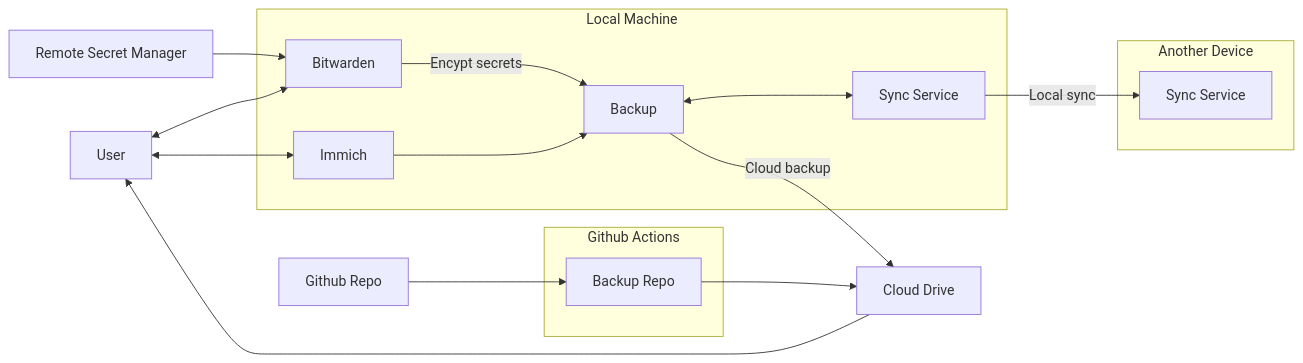
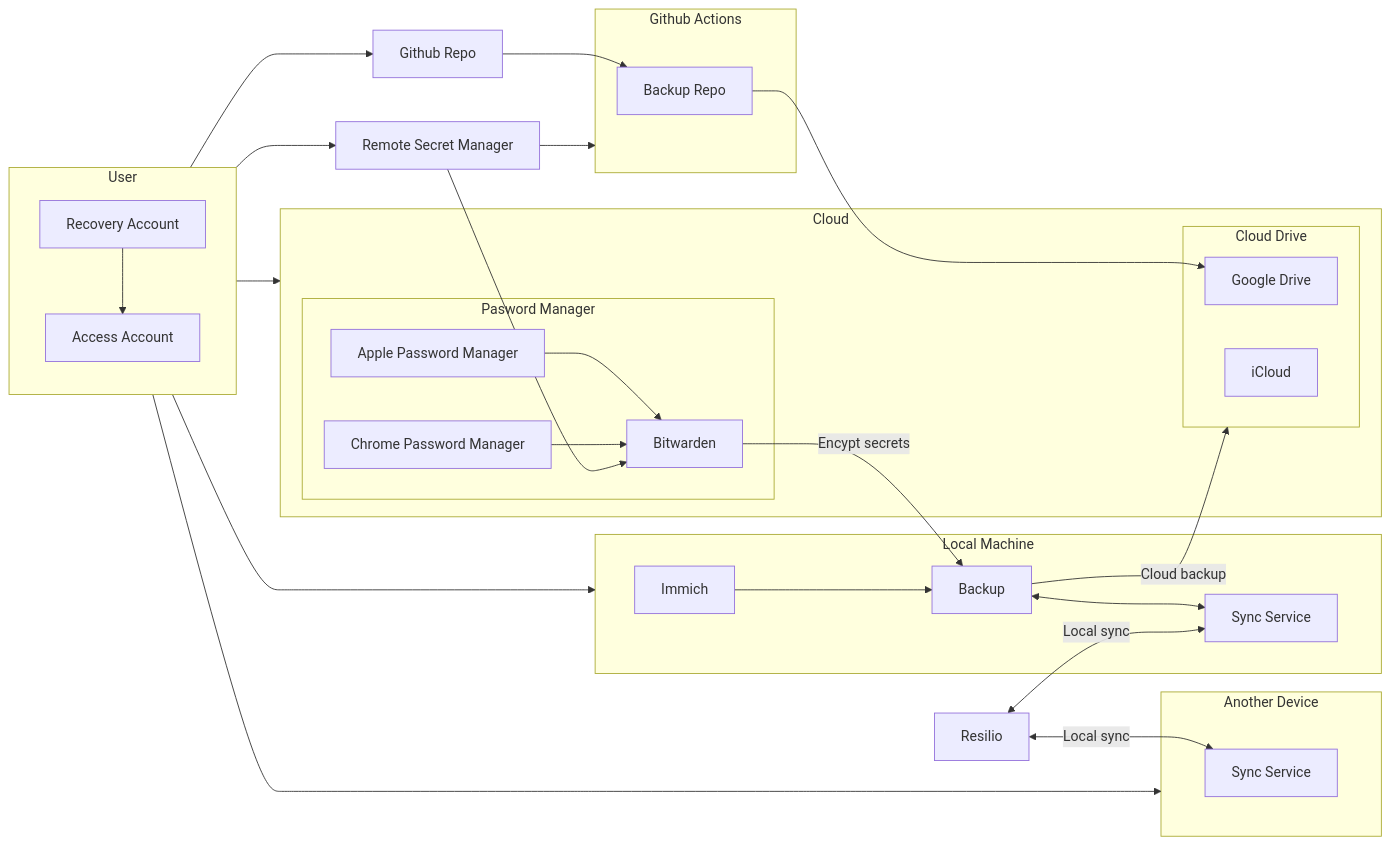
Before and after one commit to iamharryliu/vigilant-broccoli: the first of 3 diagrams in docs/infrastructure/infrastructure.md, drawn with Mermaid. The commit also changed 2 other files, not shown here.

````diff
--- a/docs/infrastructure/infrastructure.md
+++ b/docs/infrastructure/infrastructure.md
@@ -29,38 +29,66 @@
 ```mermaid
 flowchart LR
 
-USER[User]
-
-GITHUB_REPO[Github Repo]
+subgraph USER[User]
+  RECOVERY_ACCOUNT[Recovery Account]
+  ACCESS_ACCOUNT[Access Account]
+  RECOVERY_ACCOUNT-->ACCESS_ACCOUNT
+end
 
 subgraph LOCAL_MACHINE[Local Machine]
-  LOCAL_MACHINE_BW[Bitwarden]
   LOCAL_MACHINE_IMMICH[Immich]
   LOCAL_MACHINE_SYNC_SERVICE[Sync Service]
-  LOCAL_MACHINE_BW-->|Encypt secrets|BACKUP
   LOCAL_MACHINE_IMMICH-->BACKUP
   BACKUP[Backup]
   BACKUP<-->LOCAL_MACHINE_SYNC_SERVICE
 end
 
+GITHUB_REPO[Github Repo]
 subgraph GITHUB_ACTIONS[Github Actions]
   GITHUB_ACTIONS_REPO_BACKUP[Backup Repo]
 end
 
 subgraph ANOTHER_MACHINE[Another Device]
   ANOTHER_MACHINE_SYNC_SERVICE[Sync Service]
 end
 
-CLOUD_DRIVE[Cloud Drive]
+subgraph PASSWORD_MANAGER[Pasword Manager]
+  APPLE_PASSWORD_MANAGER[Apple Password Manager]
+  CHROME_PASSWORD_MANAGER[Chrome Password Manager]
+  BITWARDEN[Bitwarden]
 
-USER<-->LOCAL_MACHINE_BW
-USER<-->LOCAL_MACHINE_IMMICH
-CLOUD_DRIVE-->USER
+  APPLE_PASSWORD_MANAGER-->BITWARDEN
+  CHROME_PASSWORD_MANAGER-->BITWARDEN
+end
+
+subgraph CLOUD[Cloud]
+  CLOUD_DRIVE
+  PASSWORD_MANAGER[Pasword Manager]
+end
+
+subgraph CLOUD_DRIVE[Cloud Drive]
+  GOOGLE_DRIVE[Google Drive]
+  ICLOUD[iCloud]
+end
+
+RESILIO[Resilio]
+
+RESILIO<-->|Local sync|LOCAL_MACHINE_SYNC_SERVICE
+RESILIO<-->|Local sync|ANOTHER_MACHINE_SYNC_SERVICE
+
+BITWARDEN-->|Encypt secrets|BACKUP
+
+USER-->CLOUD
+USER-->GITHUB_REPO
+USER-->LOCAL_MACHINE
+USER-->REMOTE_SECRET_MANAGER
+USER-->ANOTHER_MACHINE
+
+REMOTE_SECRET_MANAGER-->GITHUB_ACTIONS
 
 
-REMOTE_SECRET_MANAGER[Remote Secret Manager]-->LOCAL_MACHINE_BW
-LOCAL_MACHINE_SYNC_SERVICE-->|Local sync|ANOTHER_MACHINE_SYNC_SERVICE
+REMOTE_SECRET_MANAGER[Remote Secret Manager]-->BITWARDEN
 
-GITHUB_REPO-->GITHUB_ACTIONS_REPO_BACKUP-->CLOUD_DRIVE
+GITHUB_REPO-->GITHUB_ACTIONS_REPO_BACKUP-->GOOGLE_DRIVE
 BACKUP-->|Cloud backup|CLOUD_DRIVE
 ```
````
